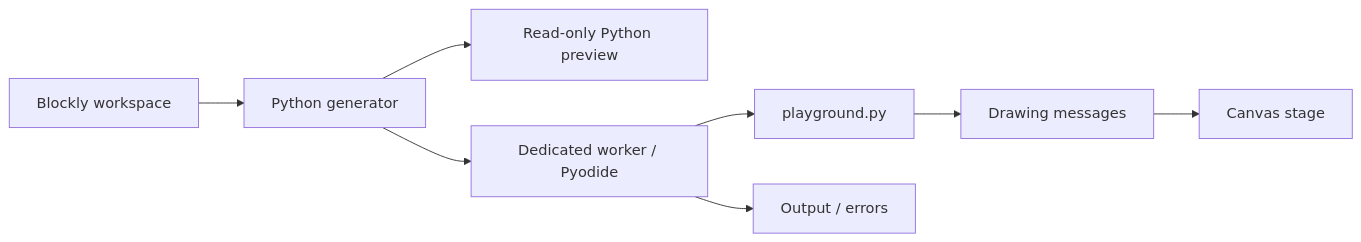
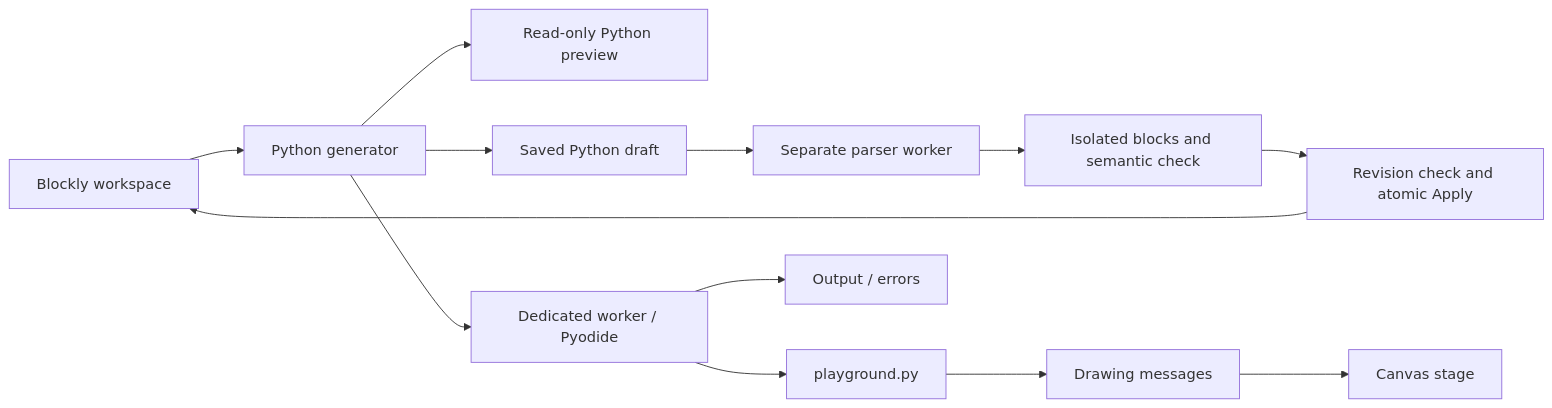
The diagram in docs/architecture.md (juncoflockleader/python-blocks), drawn with Mermaid before and after one commit. The commit also changed other lines of this file and 187 other files, not shown here.

````diff
--- a/docs/architecture.md
+++ b/docs/architecture.md
@@ -5,10 +5,15 @@
 ```mermaid
 flowchart LR
   Blocks[Blockly workspace] --> Generator[Python generator]
   Generator --> Preview[Read-only Python preview]
+  Generator --> Draft[Saved Python draft]
+  Draft --> Parser[Separate parser worker]
+  Parser --> Candidate[Isolated blocks and semantic check]
+  Candidate --> Apply[Revision check and atomic Apply]
+  Apply --> Blocks
   Generator --> Worker[Dedicated worker / Pyodide]
   Worker --> Library[playground.py]
   Library --> Messages[Drawing messages]
   Messages --> Canvas[Canvas stage]
   Worker --> Output[Output / errors]
 ```
````
